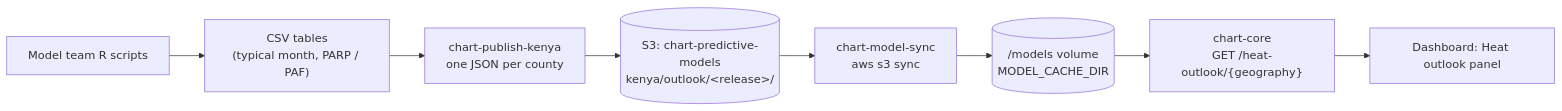
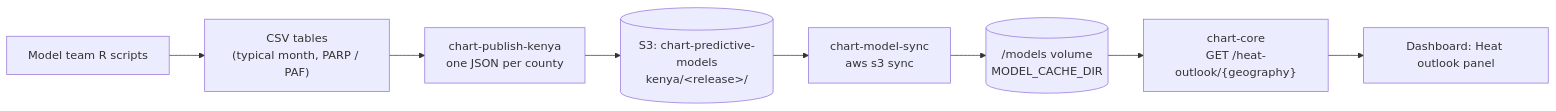
Before and after one commit to CHART-Scope/CHART: the diagram in docs/model-integration.md, drawn with Mermaid. The commit also changed other lines of this file and 4 other files, not shown here.

First line of the commit message:
fix: read Kenya outlook tables from kenya/<release>/ in the model bucket

````diff
--- a/docs/model-integration.md
+++ b/docs/model-integration.md
@@ -9,10 +9,10 @@
 ```mermaid
 flowchart LR
     r["Model team R scripts"] --> csv["CSV tables<br/>(typical month, PARP / PAF)"]
     csv --> publish["chart-publish-kenya<br/>one JSON per county"]
-    publish --> s3[("S3: chart-predictive-models<br/>kenya/outlook/&lt;release&gt;/")]
+    publish --> s3[("S3: chart-predictive-models<br/>kenya/&lt;release&gt;/")]
     s3 --> sync["chart-model-sync<br/>aws s3 sync"]
     sync --> volume[("/models volume<br/>MODEL_CACHE_DIR")]
     volume --> core["chart-core<br/>GET /heat-outlook/{geography}"]
     core --> web["Dashboard: Heat outlook panel"]
 ```
````
